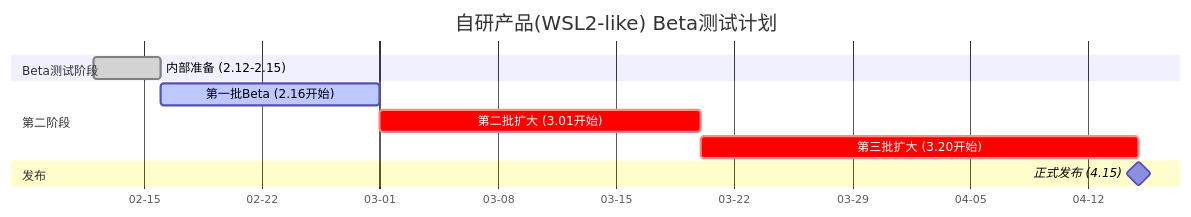
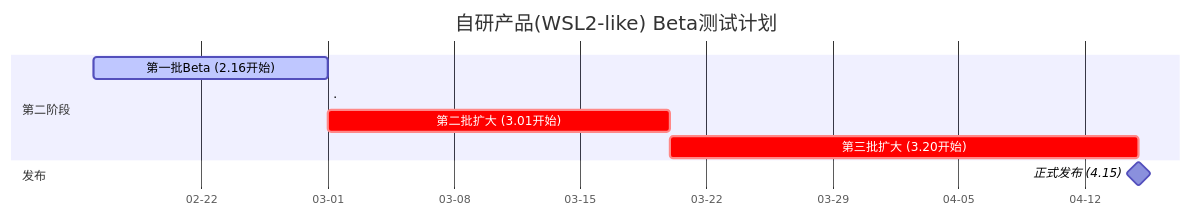
One commit to kilans/iodraw-files changed the diagram in all/未命名.md. Above: the diagram before and after it, drawn with Mermaid.

Commit message:
2026-02-12 15:23:22 update

````diff
--- a/all/未命名.md
+++ b/all/未命名.md
@@ -1,18 +1,16 @@
 ```mermaid
 gantt
     title 自研产品(WSL2-like) Beta测试计划
     dateFormat  YYYY-MM-DD
     axisFormat %m-%d
     
-    section Beta测试阶段
-    内部准备 (2.12-2.15)       :done, 2026-02-12, 4d
-
     section 第二阶段
     第一批Beta (2.16开始)      :active, 2026-02-16, 13d
+    .:0d
     第二批扩大 (3.01开始)      :crit, 2026-03-01, 19d
     第三批扩大 (3.20开始)      :crit, 2026-03-20, 26d
     
     section 发布
     正式发布 (4.15)           :milestone, 2026-04-15, 0d
 
 ```
````
